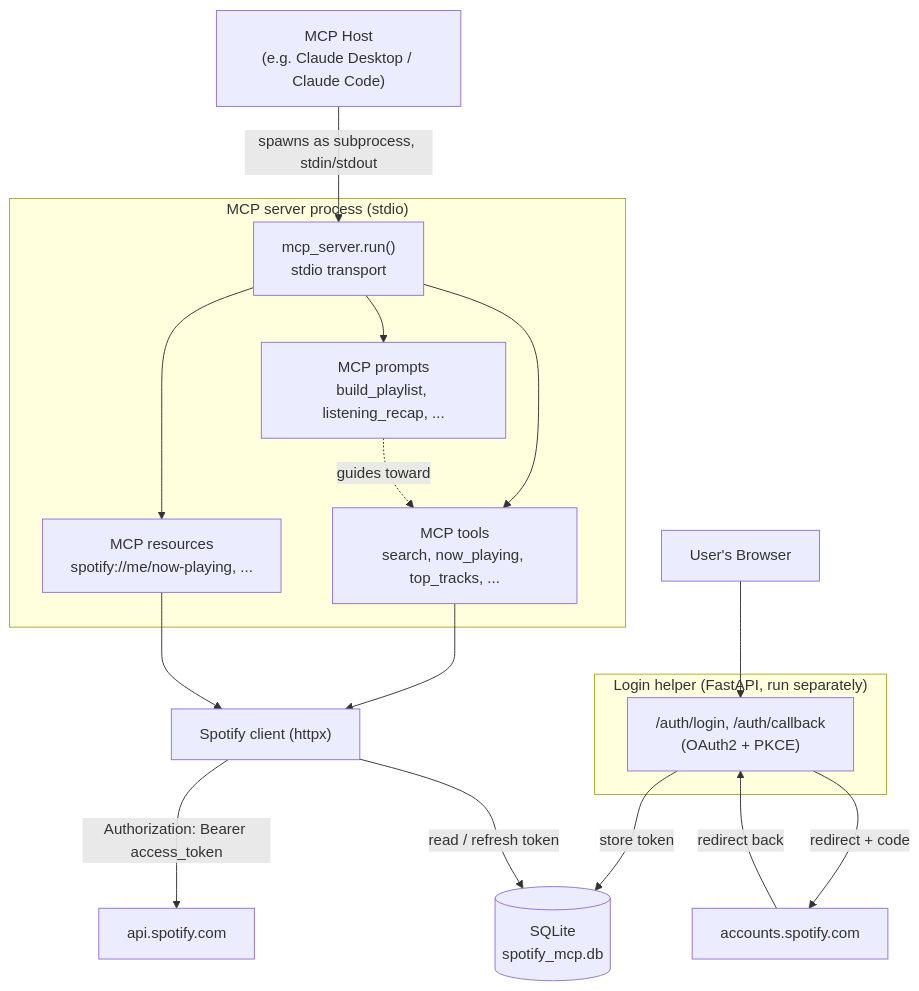
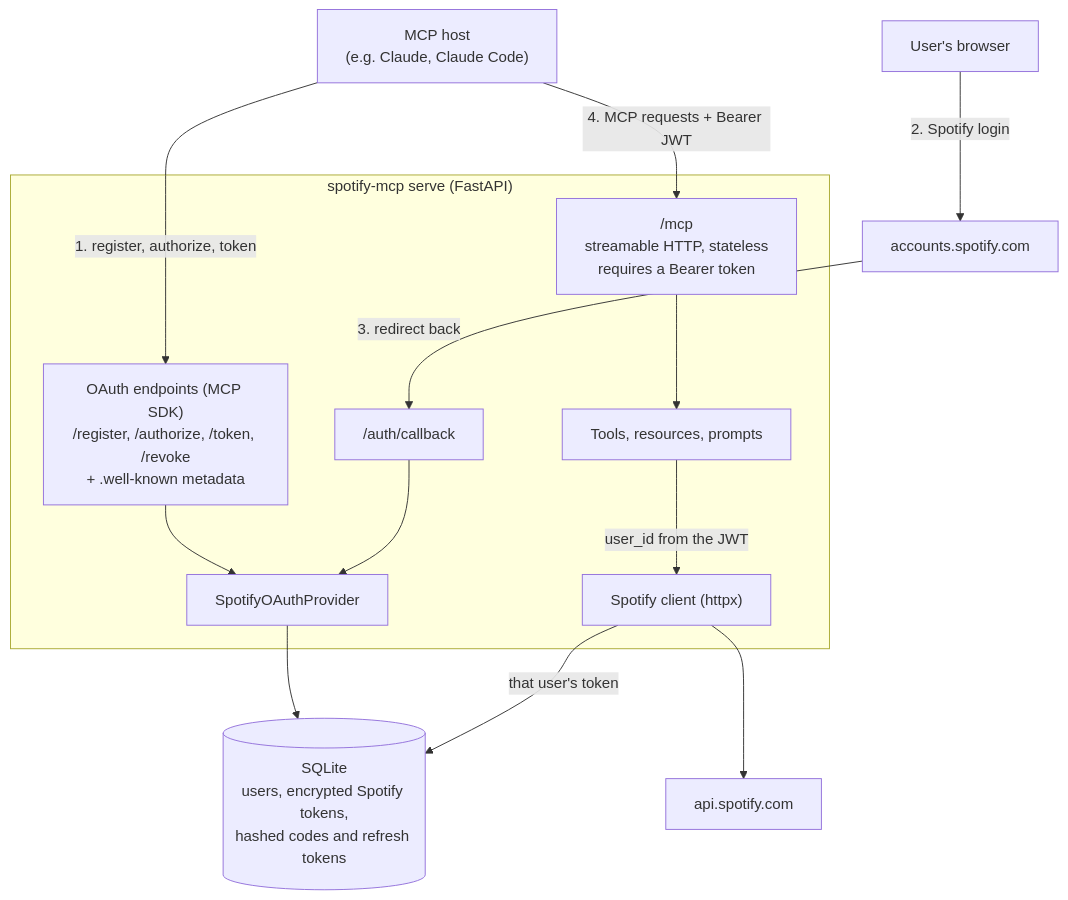
Before and after one commit to Pacolias/spotify-mcp: the diagram in README.md, drawn with Mermaid. The commit also changed other lines of this file, not shown here.

Commit message:
docs: README describes the remote server and its OAuth setup

````diff
--- a/README.md
+++ b/README.md
@@ -29,37 +36,30 @@
 ```mermaid
 graph TD
-    Host["MCP Host<br/>(e.g. Claude Desktop / Claude Code)"]
-    Browser["User's Browser"]
+    Host["MCP host<br/>(e.g. Claude, Claude Code)"]
+    Browser["User's browser"]
 
-    subgraph Stdio["MCP server process (stdio)"]
-        MCPServer["mcp_server.run()<br/>stdio transport"]
-        Tools["MCP tools<br/>search, now_playing, top_tracks, ..."]
-        Resources["MCP resources<br/>spotify://me/now-playing, ..."]
-        Prompts["MCP prompts<br/>build_playlist, listening_recap, ..."]
+    subgraph Server["spotify-mcp serve (FastAPI)"]
+        MCP["/mcp<br/>streamable HTTP, stateless<br/>requires a Bearer token"]
+        OAuth["OAuth endpoints (MCP SDK)<br/>/register, /authorize, /token, /revoke<br/>+ .well-known metadata"]
+        Callback["/auth/callback"]
+        Provider["SpotifyOAuthProvider"]
+        Tools["Tools, resources, prompts"]
+        SpotifyClient["Spotify client (httpx)"]
     end
 
-    subgraph LoginApp["Login helper (FastAPI, run separately)"]
-        AuthRoutes["/auth/login, /auth/callback<br/>(OAuth2 + PKCE)"]
-    end
+    DB[("SQLite<br/>users, encrypted Spotify tokens,<br/>hashed codes and refresh tokens")]
+    SpotifyAuth["accounts.spotify.com"]
+    SpotifyAPI["api.spotify.com"]
 
-    SpotifyClient["Spotify client (httpx)"]
-    DB[("SQLite<br/>spotify_mcp.db")]
-    SpotifyAPI["api.spotify.com"]
-    SpotifyAuth["accounts.spotify.com"]
-
-    Host -->|"spawns as subprocess, stdin/stdout"| MCPServer
-    MCPServer --> Tools
-    MCPServer --> Resources
-    MCPServer --> Prompts
-    Tools --> SpotifyClient
-    Resources --> SpotifyClient
-    Prompts -.->|"guides toward"| Tools
-
-    Browser --> AuthRoutes
-    AuthRoutes -->|"redirect + code"| SpotifyAuth
-    SpotifyAuth -->|"redirect back"| AuthRoutes
-    AuthRoutes -->|"store token"| DB
-
-    SpotifyClient -->|"read / refresh token"| DB
-    SpotifyClient -->|"Authorization: Bearer access_token"| SpotifyAPI
+    Host -->|"1. register, authorize, token"| OAuth
+    OAuth --> Provider
+    Browser -->|"2. Spotify login"| SpotifyAuth
+    SpotifyAuth -->|"3. redirect back"| Callback
+    Callback --> Provider
+    Provider --> DB
+    Host -->|"4. MCP requests + Bearer JWT"| MCP
+    MCP --> Tools
+    Tools -->|"user_id from the JWT"| SpotifyClient
+    SpotifyClient -->|"that user's token"| DB
+    SpotifyClient --> SpotifyAPI
 ```
````
